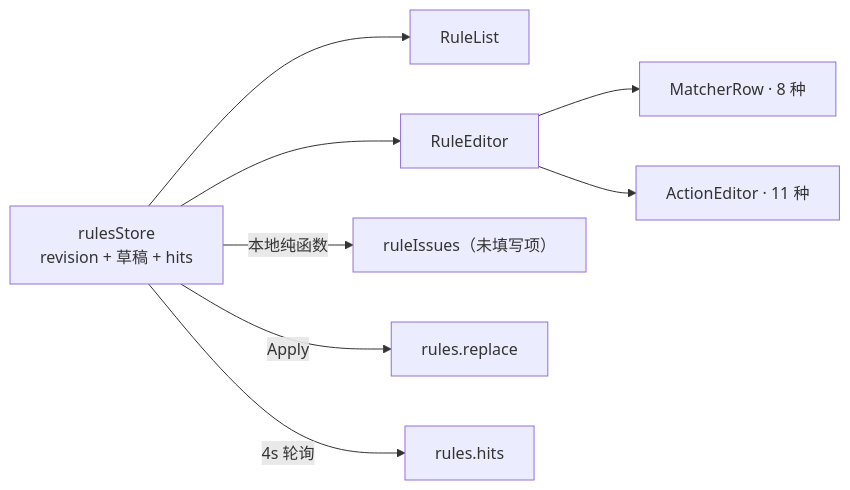
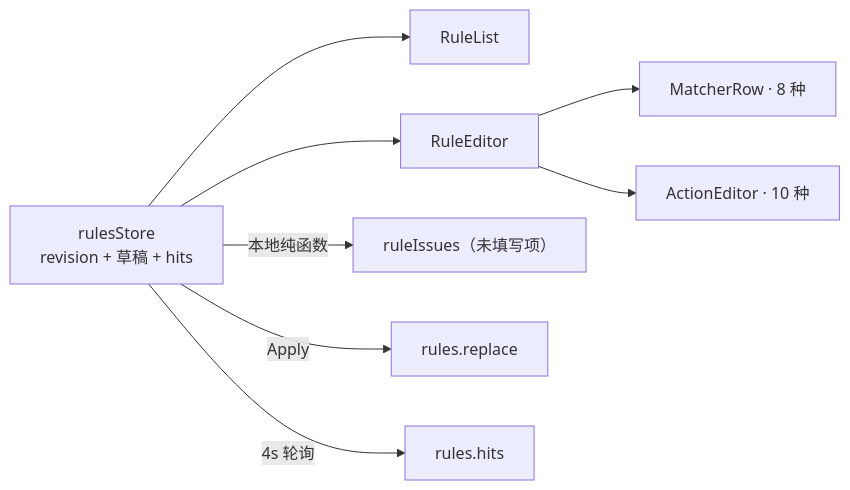
The sixth of 6 diagrams in architecture/feature-rules.md (zhxmt-xm/Interceptor), drawn with Mermaid before and after one commit. The commit also changed other lines of this file and 12 other files, not shown here.

````diff
--- a/architecture/feature-rules.md
+++ b/architecture/feature-rules.md
@@ -404,10 +414,10 @@
 ```mermaid
 flowchart LR
     A["rulesStore<br/>revision + 草稿 + hits"] --> B["RuleList"]
     A --> C["RuleEditor"]
     C --> D["MatcherRow · 8 种"]
-    C --> E["ActionEditor · 11 种"]
+    C --> E["ActionEditor · 10 种"]
     A -->|"本地纯函数"| F["ruleIssues（未填写项）"]
     A -->|"Apply"| G["rules.replace"]
     A -->|"4s 轮询"| H["rules.hits"]
 ```
````
